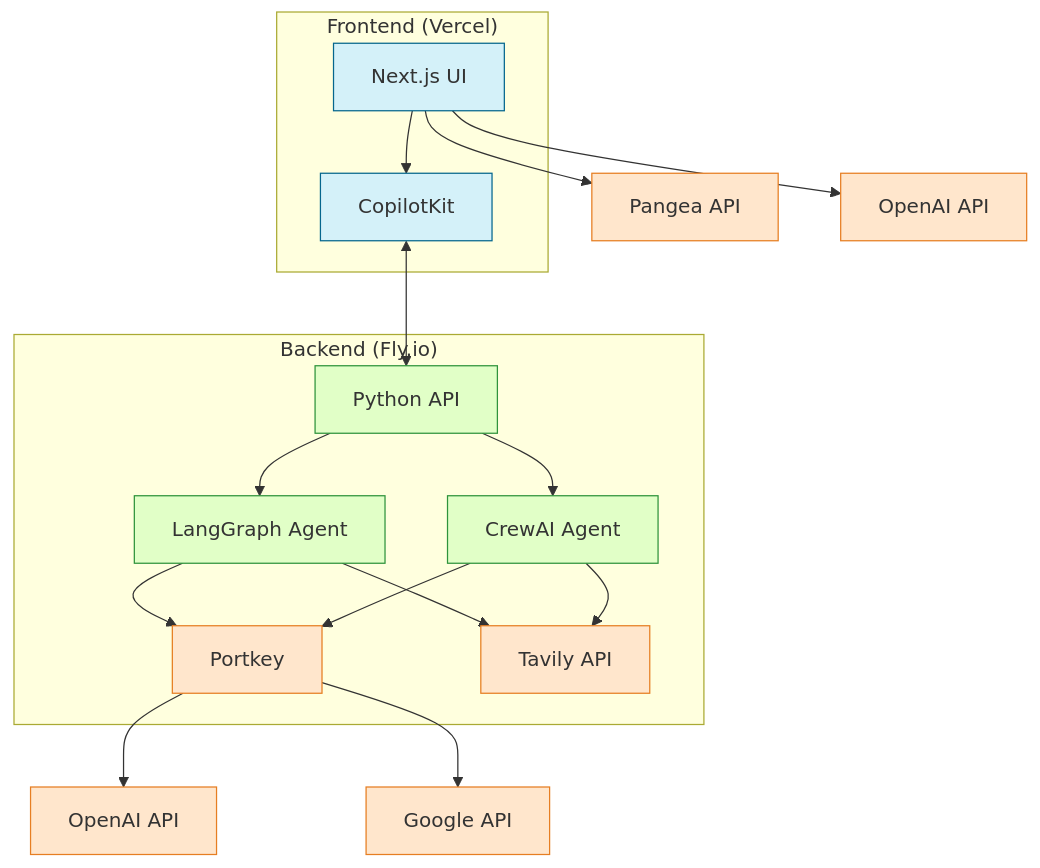
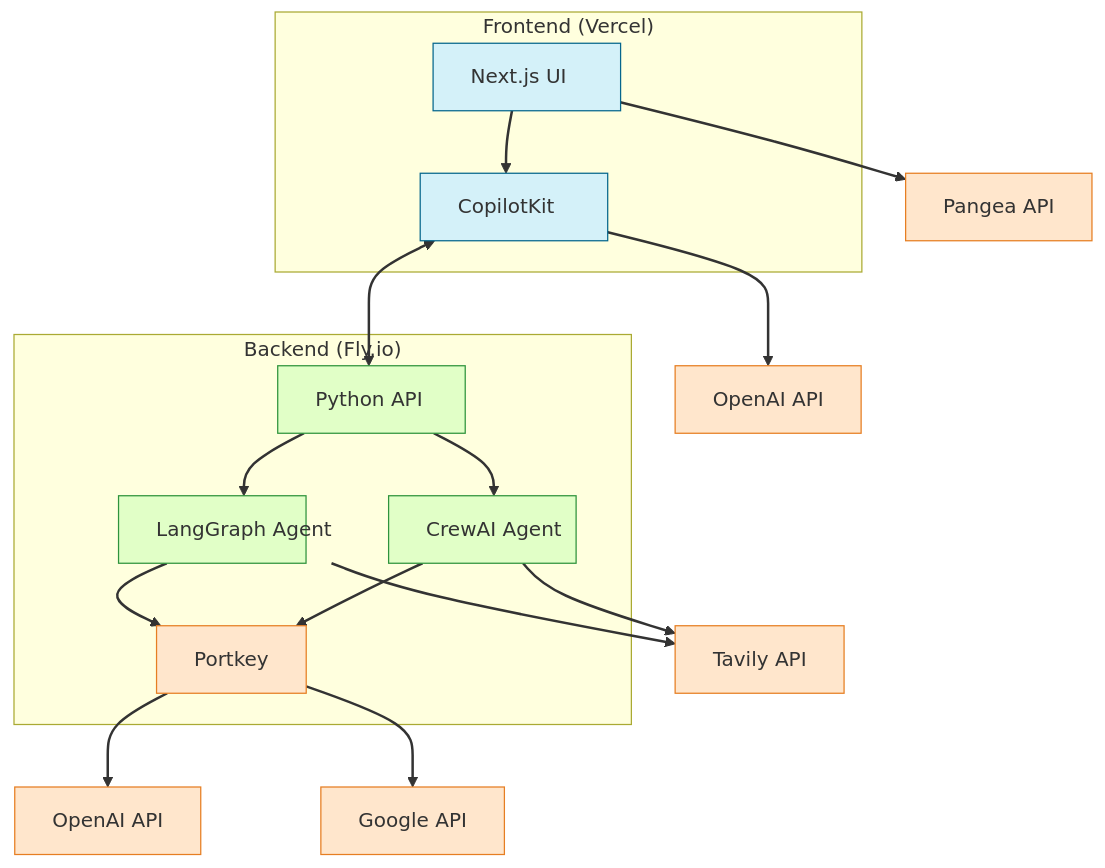
One commit to smpnet74/scotts-perplexity-clone changed the diagram in readme.md. Above: the diagram before and after it, drawn with Mermaid.

Commit message:
readme changes

````diff
--- a/readme.md
+++ b/readme.md
@@ -9,30 +9,49 @@
 ```mermaid
 graph TB
+    %% Frontend components with alignment
     subgraph "Frontend (Vercel)"
-        UI[Next.js UI] --> CK[CopilotKit]
+        UI[Next.js UI]
+        CK[CopilotKit]
+        UI --> CK
+        %% Force alignment
+        style UI width:150px,text-align:center
+        style CK width:150px,text-align:center
     end
     
+    %% Backend components with centering
     subgraph "Backend (Fly.io)"
-        API[Python API] --> LangGraph[LangGraph Agent]
-        API --> CrewAI[CrewAI Agent]
+        API[Python API]
+        LangGraph[LangGraph Agent]
+        CrewAI[CrewAI Agent]
+        API --> LangGraph
+        API --> CrewAI
         LangGraph --> Portkey
         CrewAI --> Portkey
-        LangGraph --> TavilyAPI[Tavily API]
-        CrewAI --> TavilyAPI
+        %% Force centering
+        style API width:150px,text-align:center
+        style LangGraph width:150px,text-align:center
+        style CrewAI width:150px,text-align:center
     end
     
+    %% External connections
     UI --> PangeaAPI[Pangea API]
-    UI --> OpenAIAPI[OpenAI API]
+    CK --> OpenAIAPI[OpenAI API]
     CK <--> API
     
+    LangGraph --> TavilyAPI[Tavily API]
+    CrewAI --> TavilyAPI
     Portkey --> OpenAI[OpenAI API]
     Portkey --> Google[Google API]
     
+    %% Styling
     classDef frontend fill:#d4f1f9,stroke:#05668d
     classDef backend fill:#e1ffc7,stroke:#2e933c
     classDef external fill:#ffe6cc,stroke:#e67e22
     
     class UI,CK frontend
     class API,LangGraph,CrewAI backend
     class Portkey,OpenAI,Google,PangeaAPI,OpenAIAPI,TavilyAPI external
+    
+    %% Layout adjustments
+    linkStyle default stroke-width:2px
 ```
````
